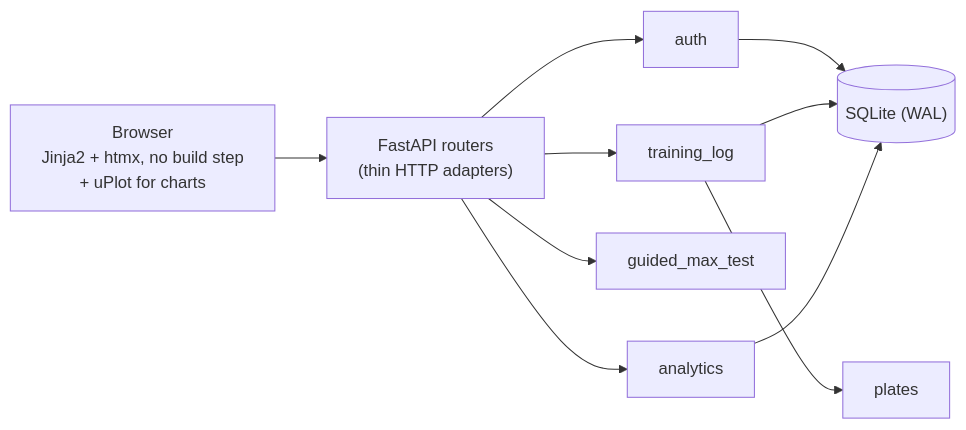
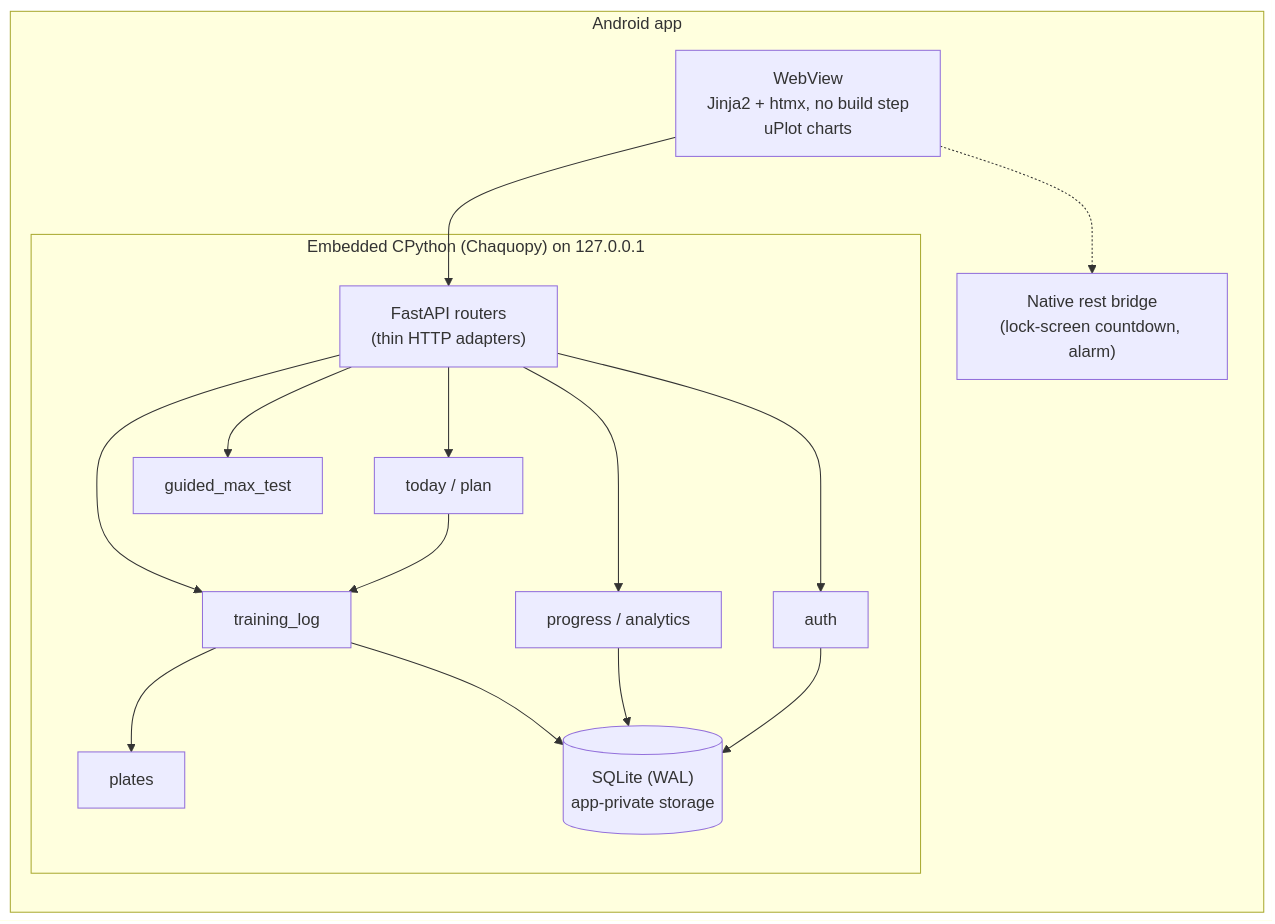
Before and after one commit to lboehme/griptrack: the diagram in README.md, drawn with Mermaid. The commit also changed other lines of this file, not shown here.

First line of the commit message:
docs(readme): rewrite for the current on-device app

````diff
--- a/README.md
+++ b/README.md
@@ -153,12 +167,23 @@
 ```mermaid
 flowchart LR
-    B["Browser<br/>Jinja2 + htmx, no build step<br/>+ uPlot for charts"] --> R["FastAPI routers<br/>(thin HTTP adapters)"]
-    R --> AU[auth]
-    R --> TL[training_log]
-    R --> GM[guided_max_test]
-    R --> AN[analytics]
-    TL --> PL[plates]
-    AU --> DB[("SQLite (WAL)")]
-    TL --> DB
-    AN --> DB
+    subgraph Phone["Android app"]
+        W["WebView<br/>Jinja2 + htmx, no build step<br/>uPlot charts"]
+        N["Native rest bridge<br/>(lock-screen countdown, alarm)"]
+        subgraph Py["Embedded CPython (Chaquopy) on 127.0.0.1"]
+            R["FastAPI routers<br/>(thin HTTP adapters)"]
+            R --> TO[today / plan]
+            R --> TL[training_log]
+            R --> GM[guided_max_test]
+            R --> PR[progress / analytics]
+            R --> AU[auth]
+            TO --> TL
+            TL --> PL[plates]
+            DB[("SQLite (WAL)<br/>app-private storage")]
+            TL --> DB
+            PR --> DB
+            AU --> DB
+        end
+        W --> R
+        W -.-> N
+    end
 ```
````
